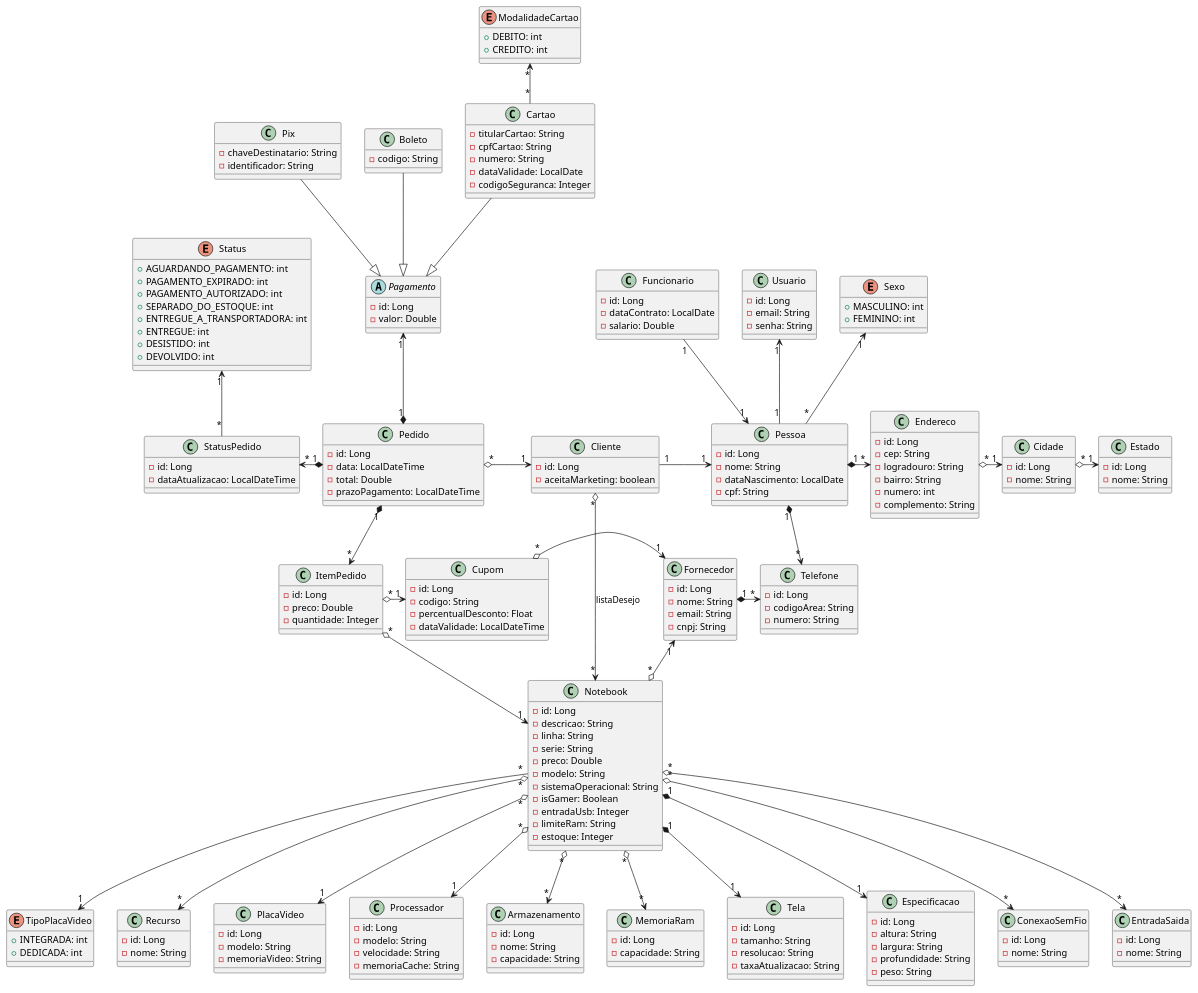
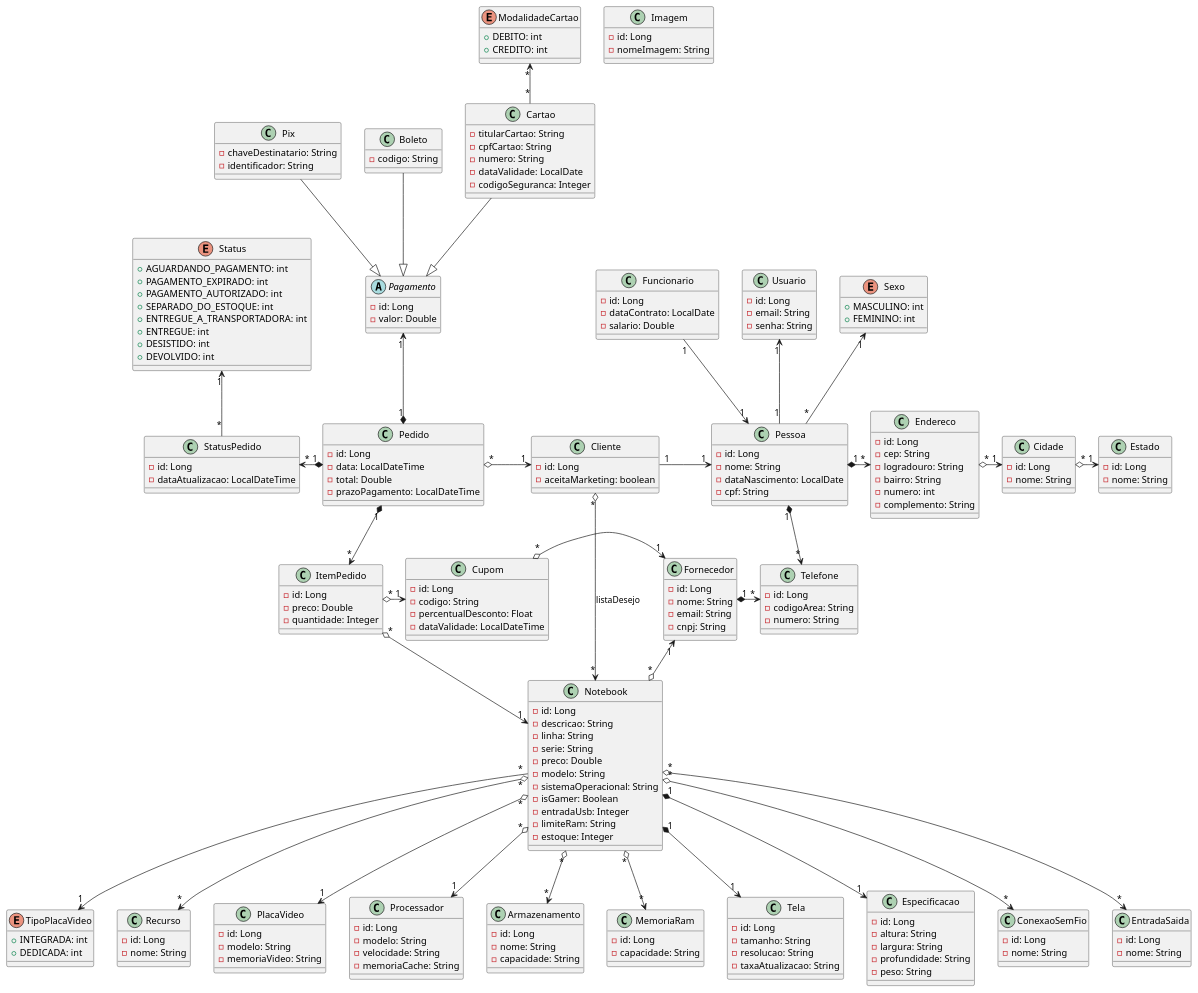
Before and after one commit to MatheusPontieri/E-commerce_Notebooks: the diagram in src/main/resources/docs/uml_v2.plantuml, drawn with PlantUML. The commit also changed 10 other files, not shown here.

```diff
--- a/src/main/resources/docs/uml_v2.plantuml
+++ b/src/main/resources/docs/uml_v2.plantuml
@@ -201,6 +201,11 @@
     - nome: String
 }
 
+class Imagem {
+    - id: Long
+    - nomeImagem: String
+}
+
 Pedido "1" *--> "*" ItemPedido
 Pedido "*" o-right-> "1" Cliente
 Pedido "1" *-left-> "*" StatusPedido
```
